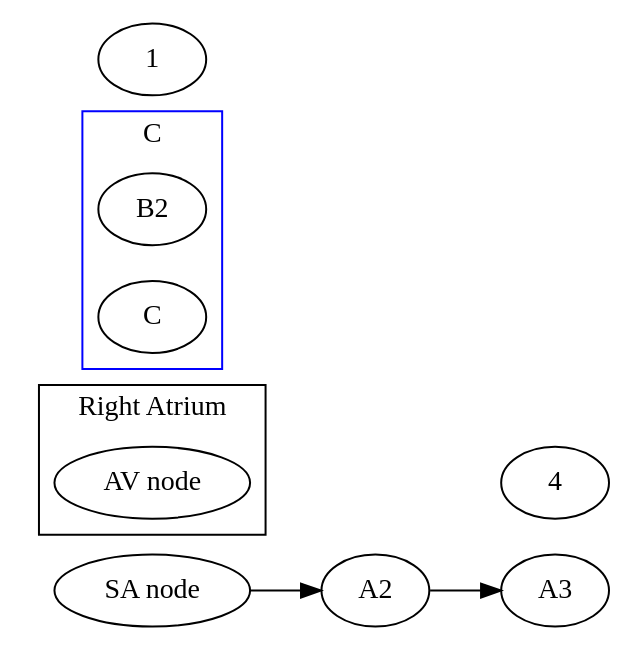
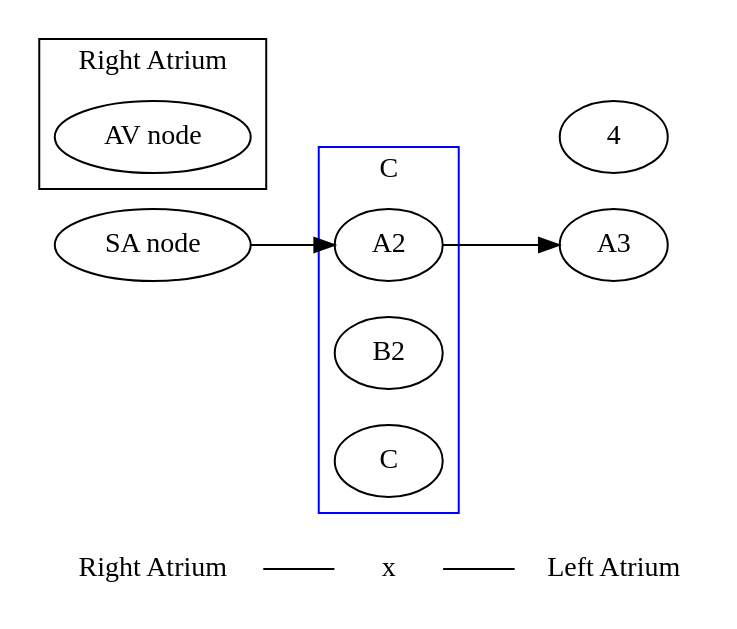
One commit to meirisoda/school_spring2024 changed the second of 2 diagrams in NURS380_Practicum/Topics/EKG/EKG and Rhythms.md. Above: the diagram before and after it, drawn with Graphviz.

Commit message:
vault backup: 2024-02-19 17:46:57

````diff
--- a/NURS380_Practicum/Topics/EKG/EKG and Rhythms.md
+++ b/NURS380_Practicum/Topics/EKG/EKG and Rhythms.md
@@ -209,32 +209,36 @@
 ```dot
 digraph g{
 	rankdir = LR;
 	node [shape = none]
+	1 [label="Right Atrium"];
+	2 [label="x"];
+	3 [label="Left Atrium"];
+	
+	1->2->3[arrowhead=none]
 	
 	node [shape = ellipse]
 	
 	A->A2->A3;
 
 	subgraph cluster0{
 		shape=rect;
 		rank=same;
 		A [label="SA node"];
 		B [label="AV node"];
 		label="Right Atrium";
 	}
 	
 	subgraph cluster1{
 		shape = rect;
 		rank=same;
 		A2;
 		B2;
 		C;
 		color=blue;
 		label="C";
 	}
 	
 	{ rank=same; 1; A;}
-	{ rank=same; A2;}
 	{ rank=same; 4; A3;}
 }
 ```
````
